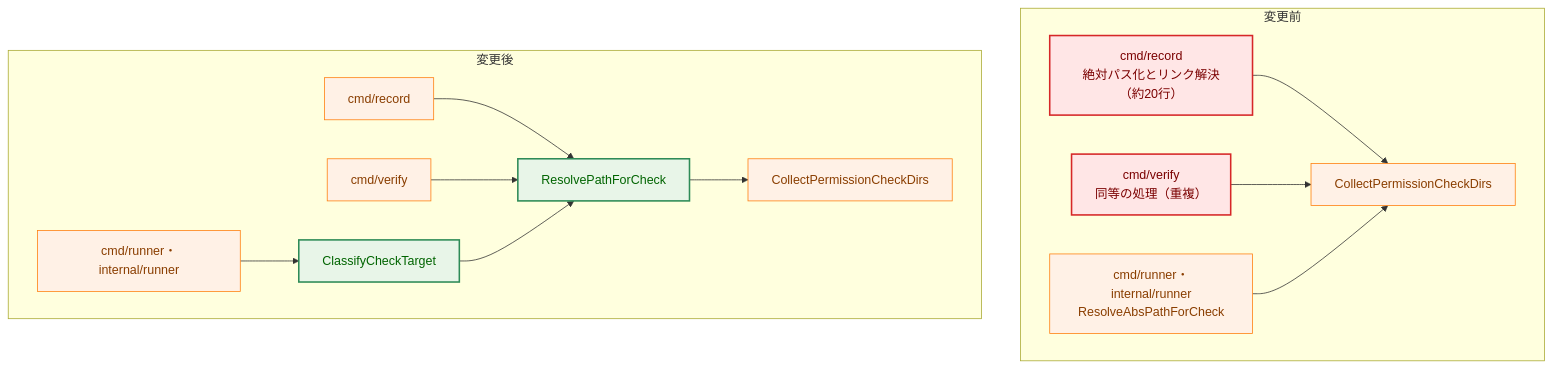
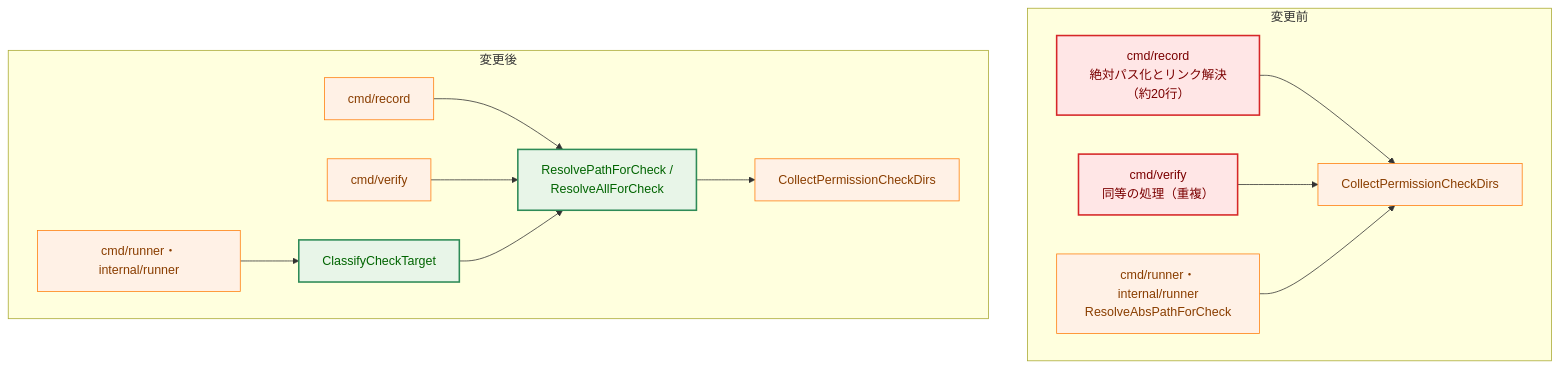
The fifth of 11 diagrams in docs/tasks/0164_entrypoint_residual_low_info/02_architecture.md (isseis/go-safe-cmd-runner), drawn with Mermaid before and after one commit. The commit also changed other lines of this file and 4 other files, not shown here.

````diff
--- a/docs/tasks/0164_entrypoint_residual_low_info/02_architecture.md
+++ b/docs/tasks/0164_entrypoint_residual_low_info/02_architecture.md
@@ -166,34 +166,34 @@
 ```mermaid
 flowchart TD
     classDef process fill:#fff1e6,stroke:#ff7f0e,stroke-width:1px,color:#8a3e00;
     classDef problem fill:#ffe6e6,stroke:#d62728,stroke-width:2px,color:#7b0000;
     classDef enhanced fill:#e8f5e8,stroke:#2e8b57,stroke-width:2px,color:#006400;
 
     subgraph Before["変更前"]
         B1["cmd/record<br>絶対パス化とリンク解決（約20行）"]
         B2["cmd/verify<br>同等の処理（重複）"]
         B3["cmd/runner・internal/runner<br>ResolveAbsPathForCheck"]
         B4["CollectPermissionCheckDirs"]
         B1 --> B4
         B2 --> B4
         B3 --> B4
         class B1,B2 problem
         class B3,B4 process
     end
 
     subgraph After["変更後"]
         A1["cmd/record"]
         A2["cmd/verify"]
         A3["cmd/runner・internal/runner"]
         A6["ClassifyCheckTarget"]
-        A4["ResolvePathForCheck"]
+        A4["ResolvePathForCheck /<br>ResolveAllForCheck"]
         A5["CollectPermissionCheckDirs"]
         A1 --> A4
         A2 --> A4
         A3 --> A6
         A6 --> A4
         A4 --> A5
         class A4,A6 enhanced
         class A1,A2,A3,A5 process
     end
 ```
````
